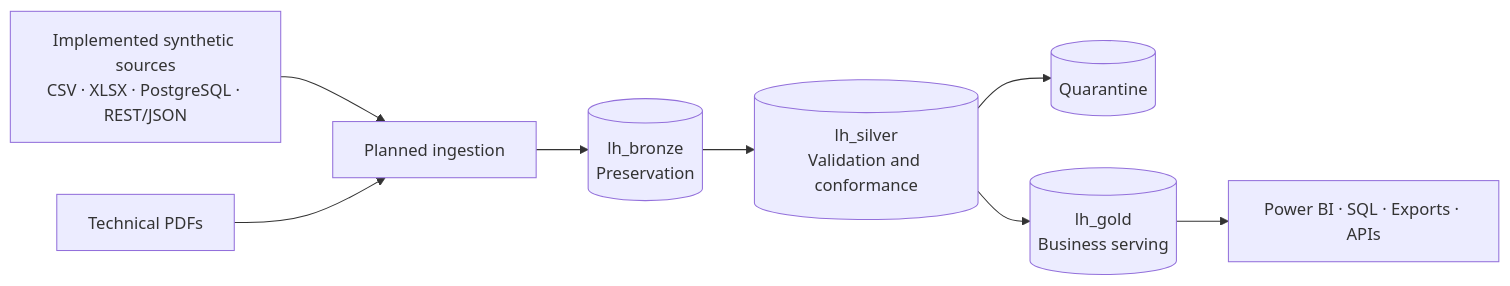
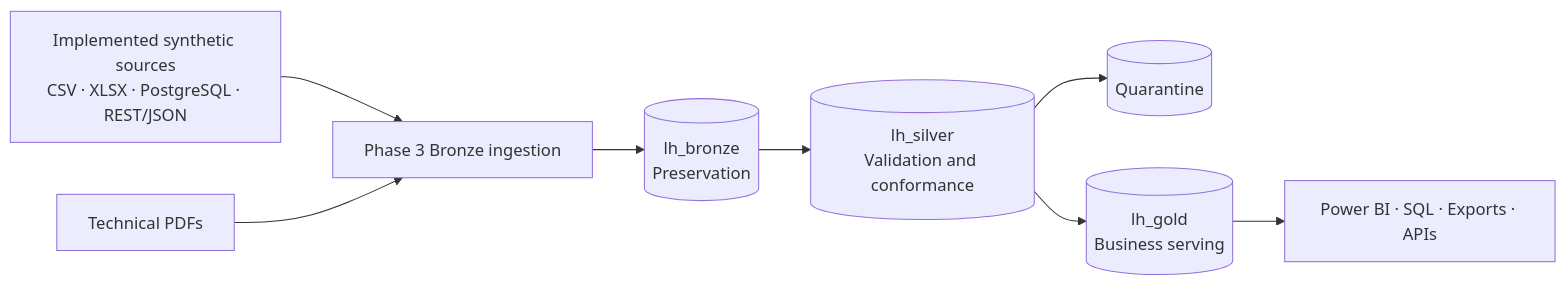
Before and after one commit to LuidiC/industrial-data-platform: the diagram in README.en.md, drawn with Mermaid. The commit also changed other lines of this file and 23 other files, not shown here.

Commit message:
feat: checkpoint Phase 3 Bronze ingestion foundation

````diff
--- a/README.en.md
+++ b/README.en.md
@@ -54,10 +68,10 @@
 ```mermaid
 flowchart LR
-    SOURCES[Implemented synthetic sources<br/>CSV · XLSX · PostgreSQL · REST/JSON] --> INGEST[Planned ingestion]
+    SOURCES[Implemented synthetic sources<br/>CSV · XLSX · PostgreSQL · REST/JSON] --> INGEST[Phase 3 Bronze ingestion]
     INGEST --> BRONZE[(lh_bronze<br/>Preservation)]
     PDF[Technical PDFs] --> INGEST
     BRONZE --> SILVER[(lh_silver<br/>Validation and conformance)]
     SILVER --> QUARANTINE[(Quarantine)]
     SILVER --> GOLD[(lh_gold<br/>Business serving)]
     GOLD --> CONSUMERS[Power BI · SQL · Exports · APIs]
 ```
````
